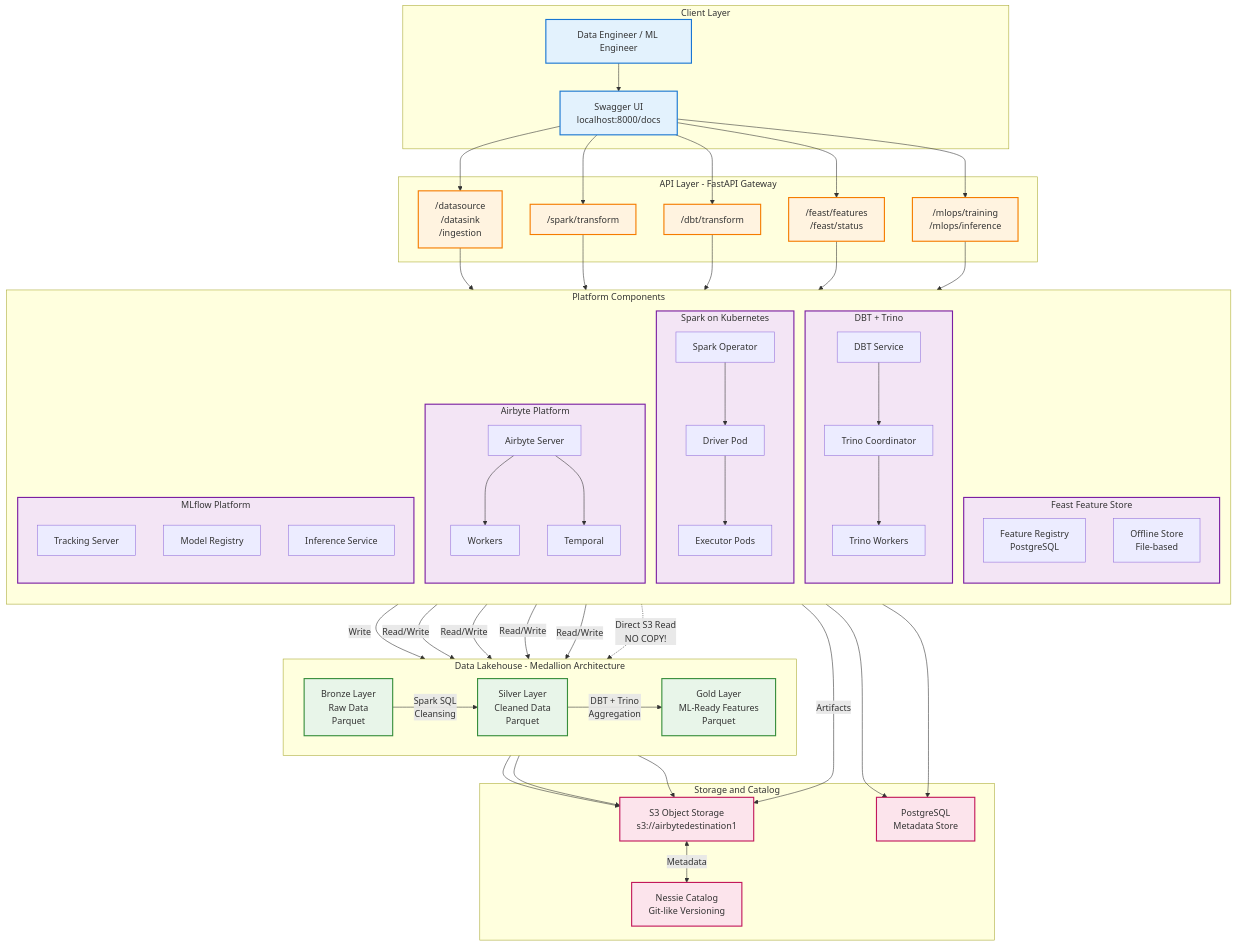
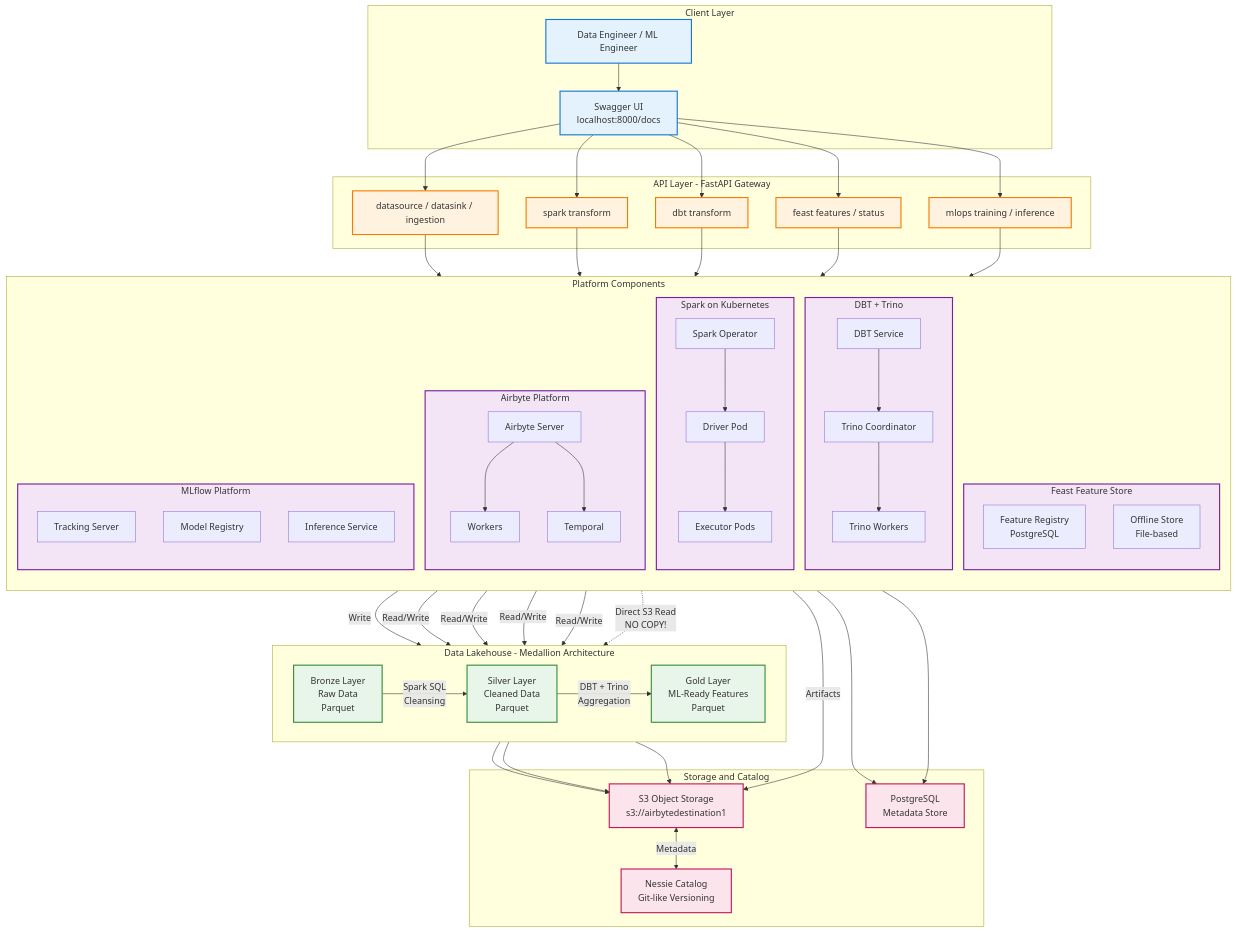
Before and after one commit to snowcell-cloud/asgard: the second of 19 diagrams in docs/COMPLETE_ARCHITECTURE.md, drawn with Mermaid. The commit also changed other lines of this file, not shown here.

Commit message:
fix: Update router labels and formatting for clarity in COMPLETE_ARCHITECTURE.md

```diff
--- a/docs/COMPLETE_ARCHITECTURE.md
+++ b/docs/COMPLETE_ARCHITECTURE.md
@@ -152,12 +152,14 @@
     end
 
     subgraph API["API Layer - FastAPI Gateway"]
-        Router_Airbyte["/datasource\n/datasink\n/ingestion"]
-        Router_Spark["/spark/transform"]
-        Router_DBT["/dbt/transform"]
-        Router_Feast["/feast/features\n/feast/status"]
-        Router_MLOps["/mlops/training\n/mlops/inference"]
-    end    subgraph Platform["Platform Components"]
+        Router_Airbyte["datasource / datasink / ingestion"]
+        Router_Spark["spark transform"]
+        Router_DBT["dbt transform"]
+        Router_Feast["feast features / status"]
+        Router_MLOps["mlops training / inference"]
+    end
+
+    subgraph Platform["Platform Components"]
         direction TB
 
         subgraph Airbyte_System["Airbyte Platform"]
```
